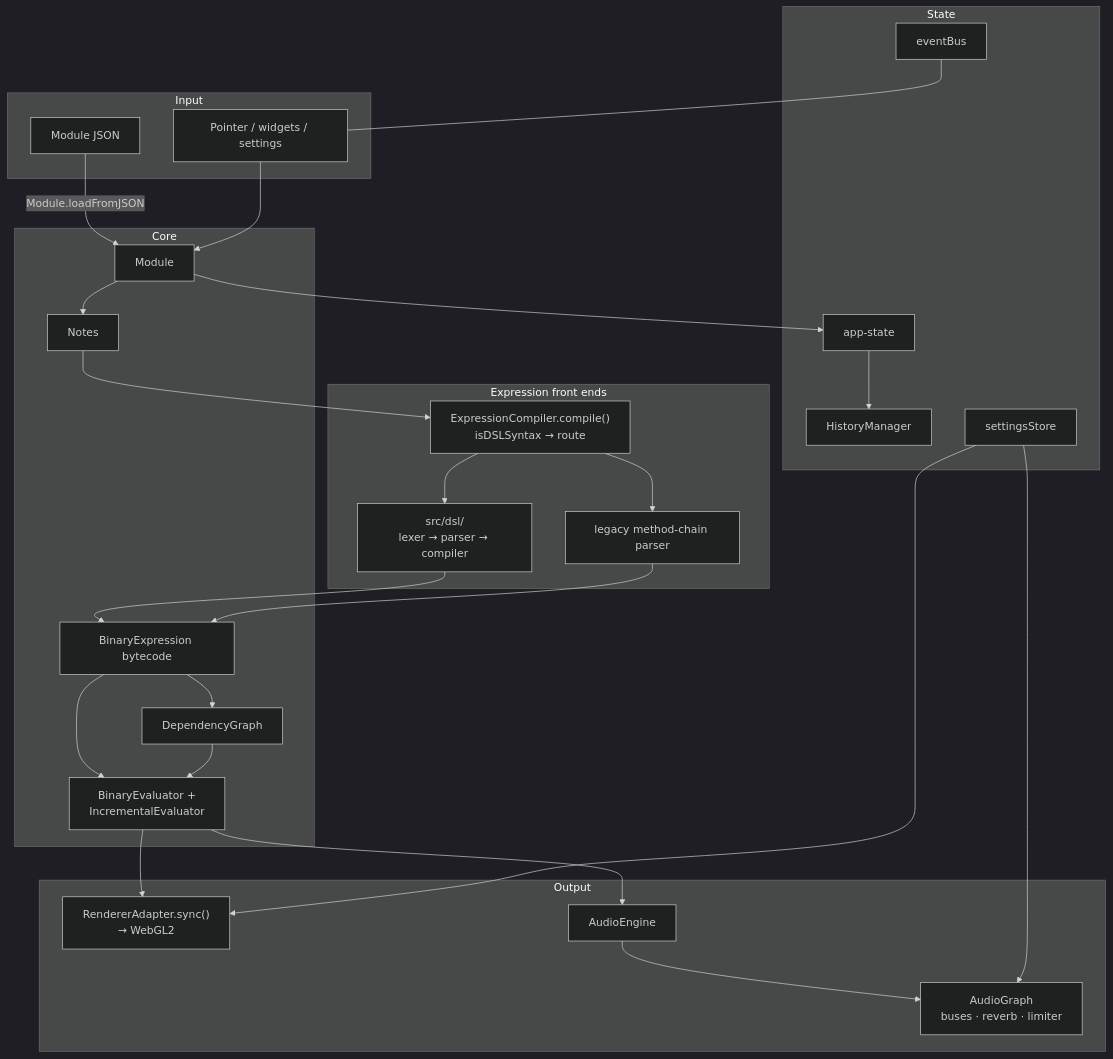
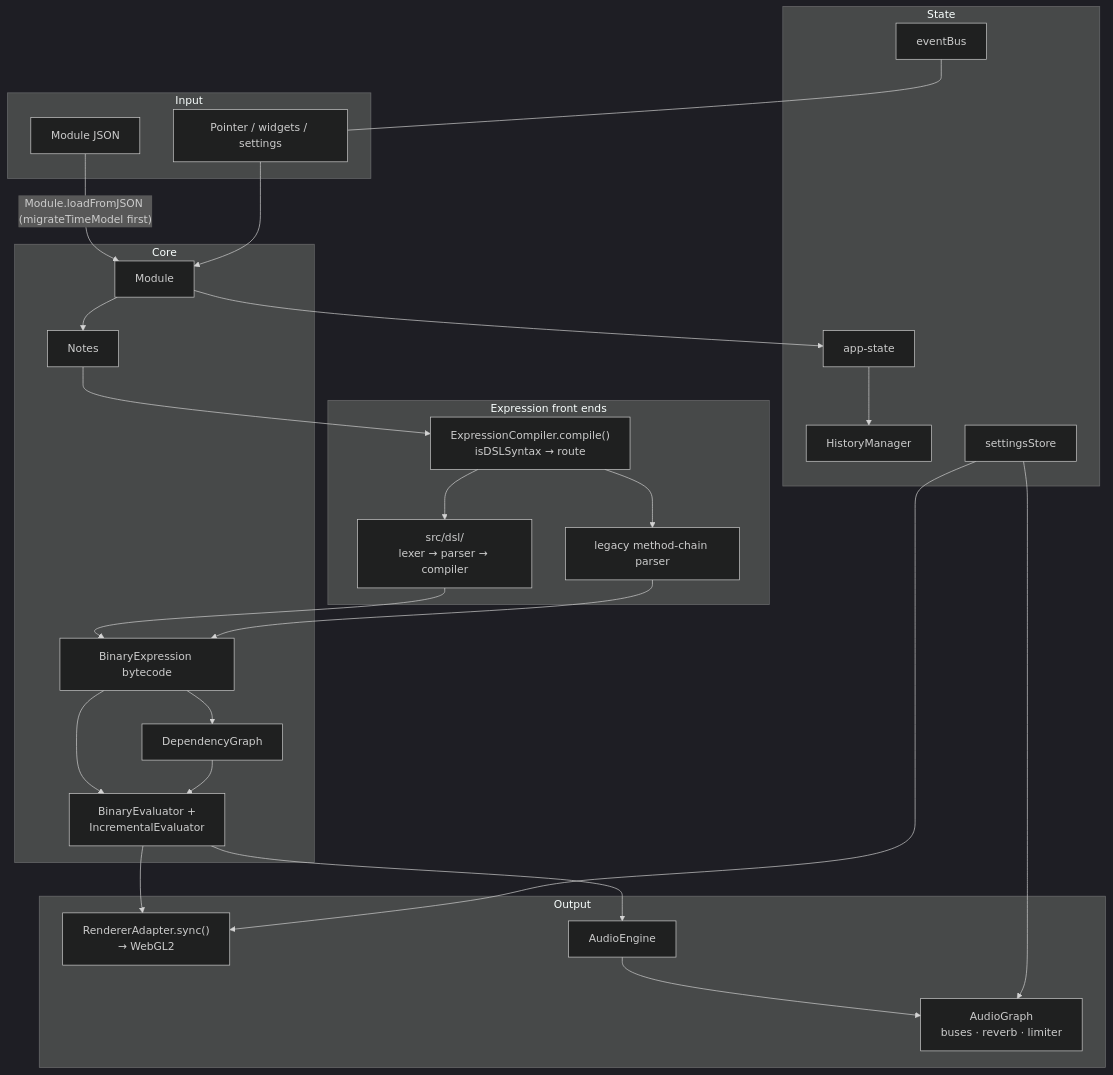
The diagram in docs/developer/architecture/overview.md (3merillon/rmt-compose-poc), drawn with Mermaid (dark theme) before and after one commit. The commit also changed other lines of this file and 102 other files, not shown here.

````diff
--- a/docs/developer/architecture/overview.md
+++ b/docs/developer/architecture/overview.md
@@ -30,54 +32,54 @@
 ```mermaid
 flowchart TB
     subgraph Input["Input"]
         JSON[Module JSON]
         UI[Pointer / widgets / settings]
     end
 
     subgraph Front["Expression front ends"]
         ROUTE["ExpressionCompiler.compile()<br/>isDSLSyntax → route"]
         DSL["src/dsl/<br/>lexer → parser → compiler"]
         LEG["legacy method-chain parser"]
     end
 
     subgraph Core["Core"]
         MOD[Module]
         NOTE[Notes]
         BIN[BinaryExpression bytecode]
         DEP[DependencyGraph]
         EVAL["BinaryEvaluator +<br/>IncrementalEvaluator"]
     end
 
     subgraph Output["Output"]
         REND["RendererAdapter.sync()<br/>→ WebGL2"]
         AENG[AudioEngine]
         AGRAPH["AudioGraph<br/>buses · reverb · limiter"]
     end
 
     subgraph State["State"]
         APP[app-state]
         HIST[HistoryManager]
         BUS[eventBus]
         SET[settingsStore]
     end
 
-    JSON -->|Module.loadFromJSON| MOD
+    JSON -->|"Module.loadFromJSON (migrateTimeModel first)"| MOD
     UI --> MOD
     MOD --> NOTE
     NOTE --> ROUTE
     ROUTE --> DSL
     ROUTE --> LEG
     DSL --> BIN
     LEG --> BIN
     BIN --> DEP
     BIN --> EVAL
     DEP --> EVAL
     EVAL --> REND
     EVAL --> AENG
     AENG --> AGRAPH
     MOD --> APP
     APP --> HIST
     BUS --- UI
     SET --> REND
     SET --> AGRAPH
 ```
````
